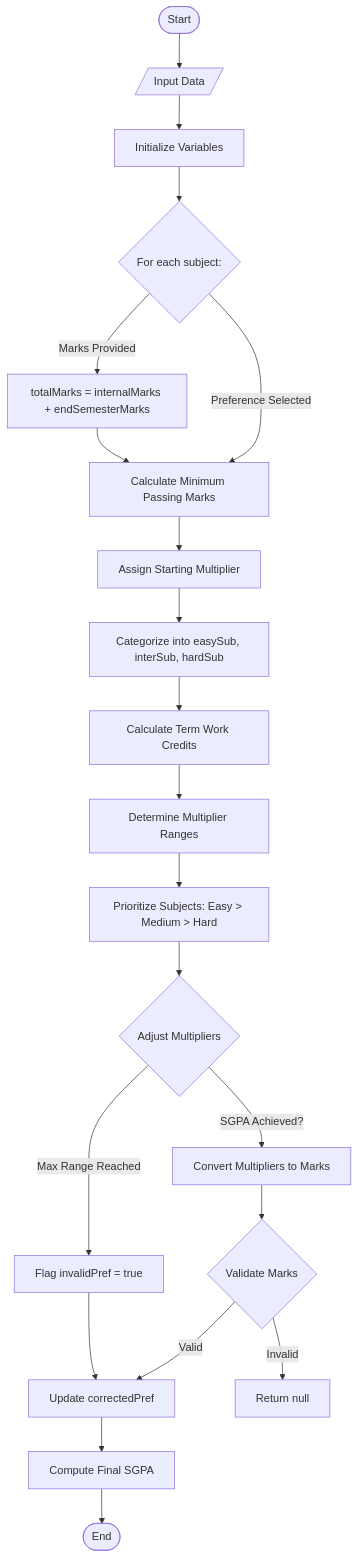
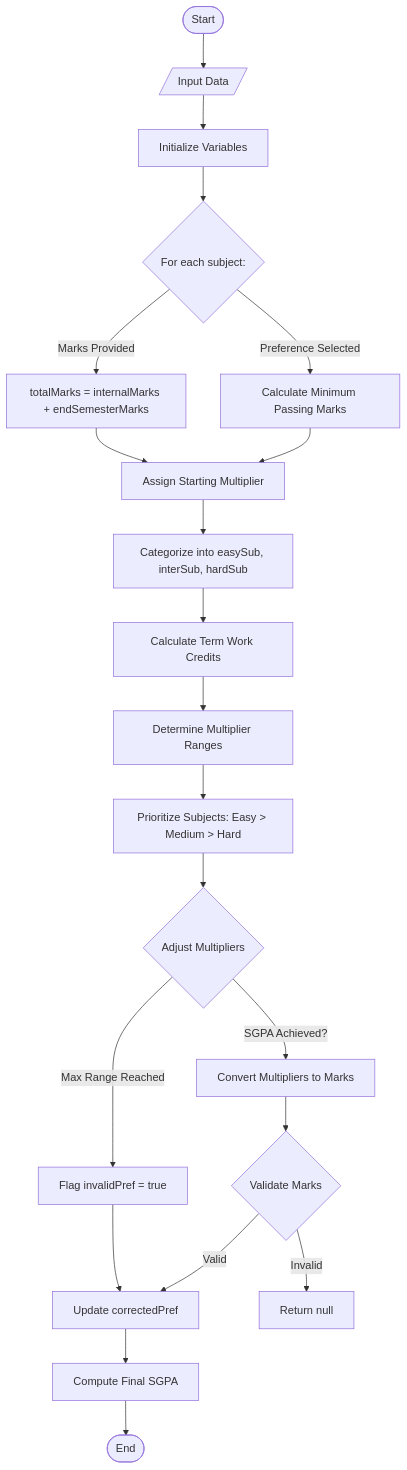
The diagram in README.md (vividron/AceGrade), drawn with Mermaid before and after one commit.

````diff
--- a/README.md
+++ b/README.md
@@ -144,23 +144,23 @@
 ```mermaid
 flowchart TB
   A([Start]) --> B[/Input Data/]
   B --> C[Initialize Variables]
   C --> D{For each subject:}
   D -->|Marks Provided| E["totalMarks = internalMarks + endSemesterMarks"]
   D -->|Preference Selected| F["Calculate Minimum Passing Marks"]
   F --> G["Assign Starting Multiplier"]
-  E --> F
+  E --> G
   G --> H["Categorize into easySub, interSub, hardSub"]
   H --> I["Calculate Term Work Credits"]
   I --> J["Determine Multiplier Ranges"]
   J --> K["Prioritize Subjects: Easy > Medium > Hard"]
   K --> L{"Adjust Multipliers"}
   L -->|SGPA Achieved?| M["Convert Multipliers to Marks"]
   L -->|Max Range Reached| N["Flag invalidPref = true"]
   M --> O{"Validate Marks"}
   O -->|Valid| P["Update correctedPref"]
   O -->|Invalid| Q["Return null"]
   N --> P
   P --> R["Compute Final SGPA"]
   R --> S([End])
 ```
````
